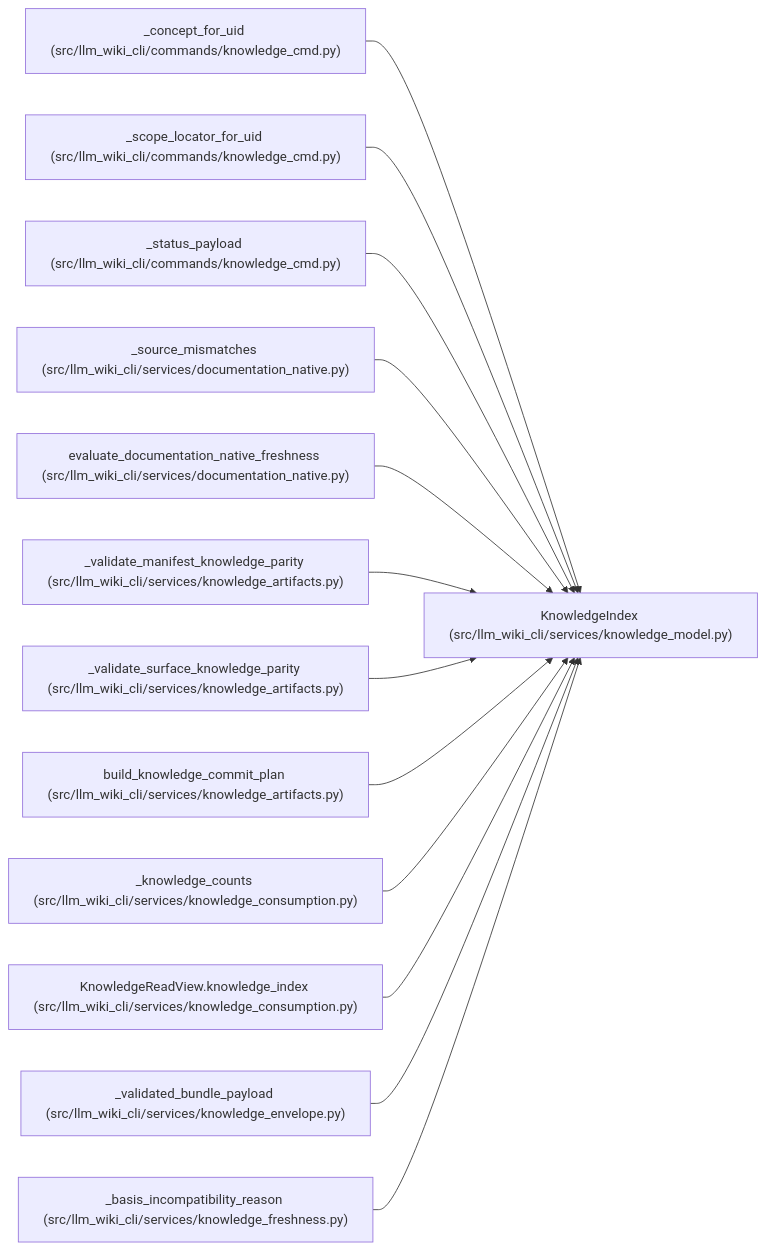
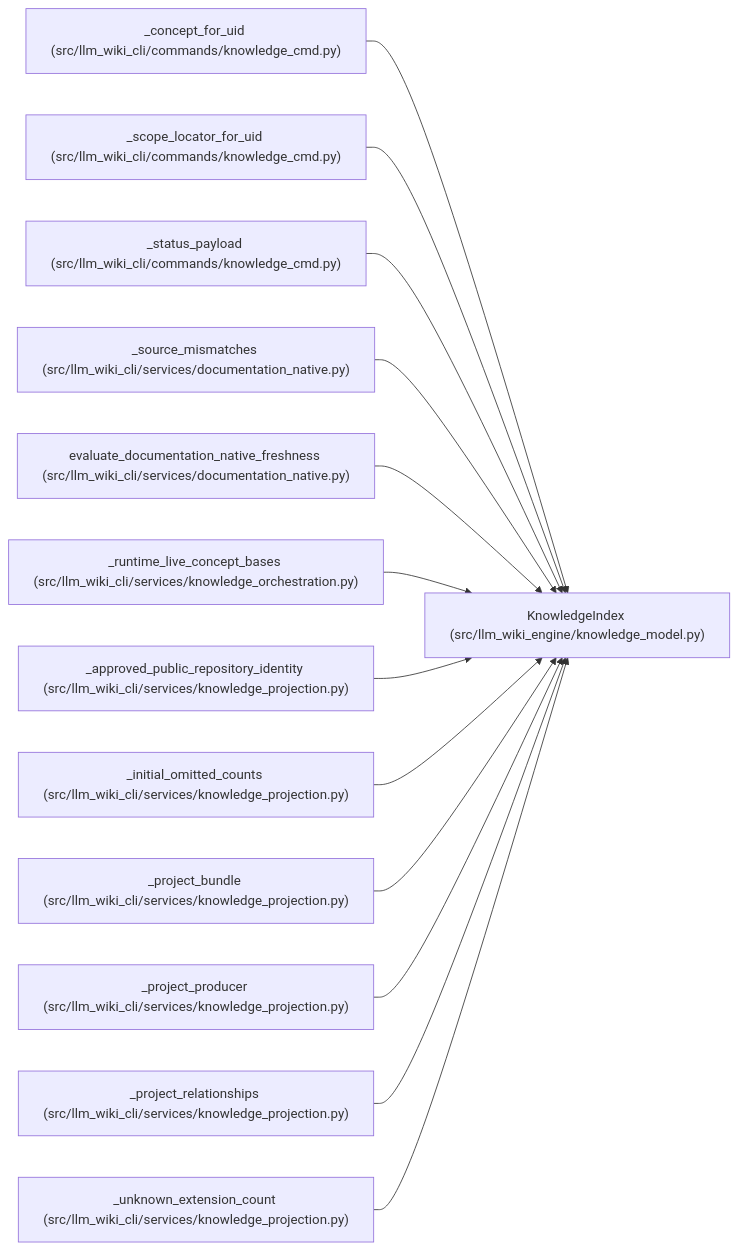
The diagram in docs/llm_wiki/entities/KnowledgeIndex.md (Denissvgn/python-wiki-llm), drawn with Mermaid before and after one commit. The commit also changed other lines of this file and 1058 other files, not shown here.

First line of the commit message:
docs: refresh the wiki for the knowledge store move

````diff
--- a/docs/llm_wiki/entities/KnowledgeIndex.md
+++ b/docs/llm_wiki/entities/KnowledgeIndex.md
@@ -35,41 +35,41 @@
 ```mermaid
 flowchart LR
-    n0["KnowledgeIndex (src/llm_wiki_cli/services/knowledge_model.py)"]
+    n0["KnowledgeIndex (src/llm_wiki_engine/knowledge_model.py)"]
     n1["_concept_for_uid (src/llm_wiki_cli/commands/knowledge_cmd.py)"]
     n2["_scope_locator_for_uid (src/llm_wiki_cli/commands/knowledge_cmd.py)"]
     n3["_status_payload (src/llm_wiki_cli/commands/knowledge_cmd.py)"]
     n4["_source_mismatches (src/llm_wiki_cli/services/documentation_native.py)"]
     n5["evaluate_documentation_native_freshness (src/llm_wiki_cli/services/documentation_native.py)"]
-    n6["_validate_manifest_knowledge_parity (src/llm_wiki_cli/services/knowledge_artifacts.py)"]
-    n7["_validate_surface_knowledge_parity (src/llm_wiki_cli/services/knowledge_artifacts.py)"]
-    n8["build_knowledge_commit_plan (src/llm_wiki_cli/services/knowledge_artifacts.py)"]
-    n9["_knowledge_counts (src/llm_wiki_cli/services/knowledge_consumption.py)"]
-    n10["KnowledgeReadView.knowledge_index (src/llm_wiki_cli/services/knowledge_consumption.py)"]
-    n11["_validated_bundle_payload (src/llm_wiki_cli/services/knowledge_envelope.py)"]
-    n12["_basis_incompatibility_reason (src/llm_wiki_cli/services/knowledge_freshness.py)"]
+    n6["_runtime_live_concept_bases (src/llm_wiki_cli/services/knowledge_orchestration.py)"]
+    n7["_approved_public_repository_identity (src/llm_wiki_cli/services/knowledge_projection.py)"]
+    n8["_initial_omitted_counts (src/llm_wiki_cli/services/knowledge_projection.py)"]
+    n9["_project_bundle (src/llm_wiki_cli/services/knowledge_projection.py)"]
+    n10["_project_producer (src/llm_wiki_cli/services/knowledge_projection.py)"]
+    n11["_project_relationships (src/llm_wiki_cli/services/knowledge_projection.py)"]
+    n12["_unknown_extension_count (src/llm_wiki_cli/services/knowledge_projection.py)"]
     n1 --> n0
     n2 --> n0
     n3 --> n0
     n4 --> n0
     n5 --> n0
     n6 --> n0
     n7 --> n0
     n8 --> n0
     n9 --> n0
     n10 --> n0
     n11 --> n0
     n12 --> n0
     click n0 "../modules/knowledge_model.md"
     click n1 "../modules/knowledge_cmd.md"
     click n2 "../modules/knowledge_cmd.md"
     click n3 "../modules/knowledge_cmd.md"
     click n4 "../modules/documentation_native.md"
     click n5 "../modules/documentation_native.md"
-    click n6 "../modules/knowledge_artifacts.md"
-    click n7 "../modules/knowledge_artifacts.md"
-    click n8 "../modules/knowledge_artifacts.md"
-    click n9 "../modules/knowledge_consumption.md"
-    click n10 "../modules/knowledge_consumption.md"
-    click n11 "../modules/knowledge_envelope.md"
-    click n12 "../modules/knowledge_freshness.md"
+    click n6 "../modules/knowledge_orchestration.md"
+    click n7 "../modules/knowledge_projection.md"
+    click n8 "../modules/knowledge_projection.md"
+    click n9 "../modules/knowledge_projection.md"
+    click n10 "../modules/knowledge_projection.md"
+    click n11 "../modules/knowledge_projection.md"
+    click n12 "../modules/knowledge_projection.md"
 ```
````
